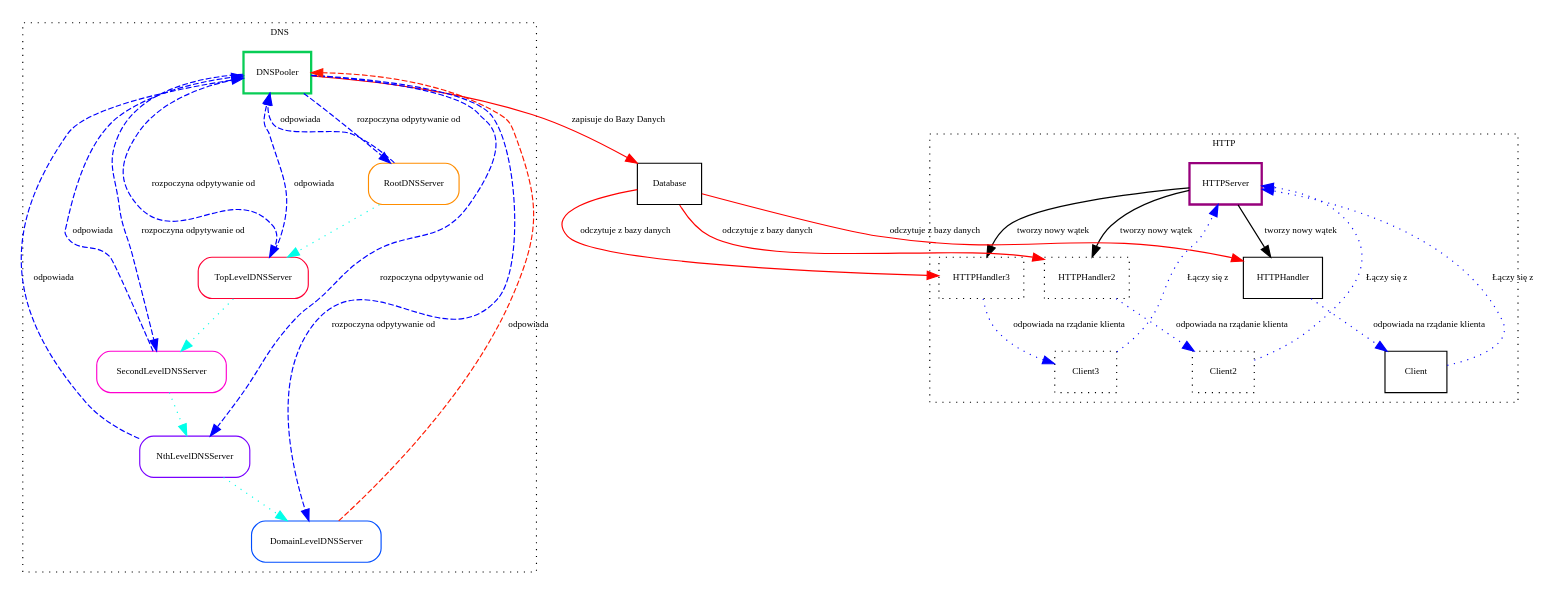
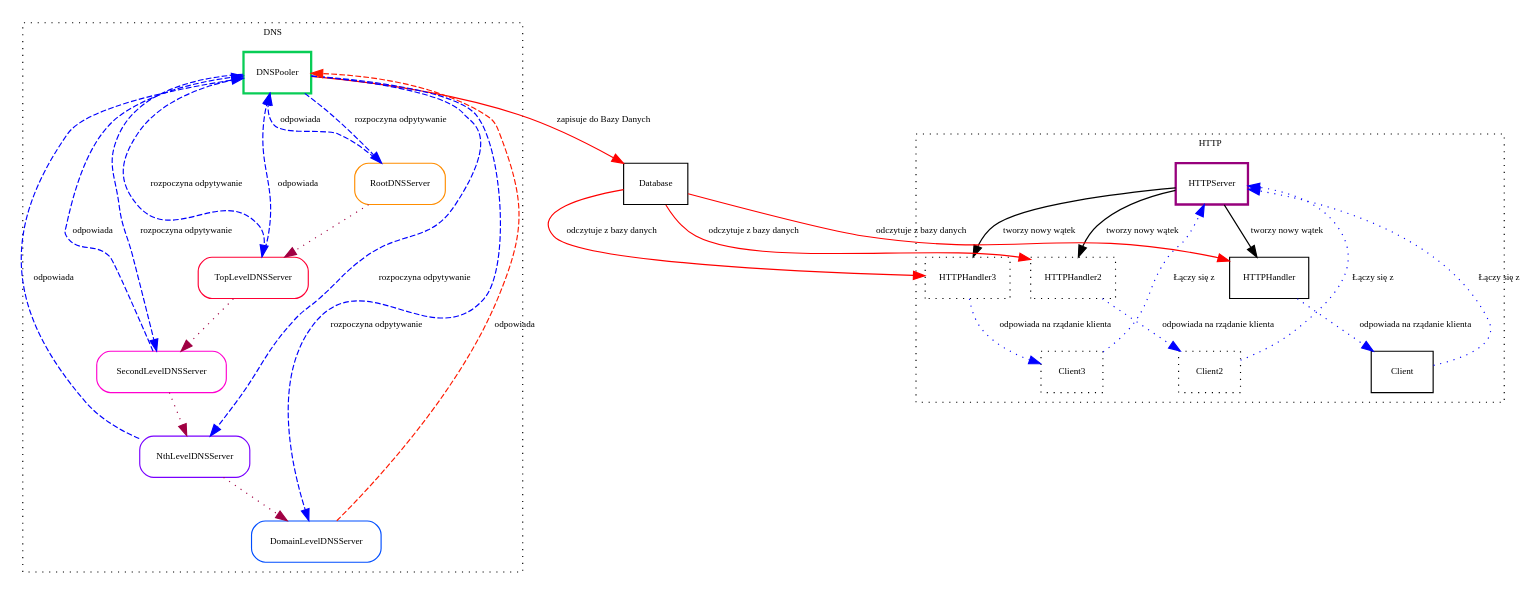
One commit to Aerial94/TIN changed the diagram in doc/graph.dot. Above: the diagram before and after it, drawn with Graphviz. The commit also changed 3 other files, not shown here.

Commit message:
dodanie legendy do schematu

```diff
--- a/doc/graph.dot
+++ b/doc/graph.dot
@@ -1,134 +1,134 @@
 digraph G {
         fontname = "Bitstream Vera Sans"
         fontsize = 8
         ordering=out
         overlap = scale;
 
         node [
                 fontname = "Bitstream Vera Sans"
                 fontsize = 8
                 shape = "record"
                 nodesep=5.0
         ]
 
         edge [
                 fontname = "Bitstream Vera Sans"
                 fontsize = 8
         ]
 
         HTTPServer [
                 label = "{HTTPServer}"
                 color = "#97007C"
                 style = "bold"
         ]
 
         Database [
                 label = "Database"
         ]
 
         Client[
                 label = "{Client}"
         ]
 
         HTTPHandler[
                 label = "{HTTPHandler}"
         ]
 
         Client2[
                 label = "{Client2}"
                 style="dotted"
         ]
         HTTPHandler2[
                 label = "{HTTPHandler2}"
                 style="dotted"
         ]
         Client3[
                 label = "{Client3}"
                 style="dotted"
         ]
         HTTPHandler3[
                 label = "{HTTPHandler3}"
                 style="dotted"
         ]
         subgraph cluster_1 {
             label = "HTTP"
         graph[style=dotted];
         Client2 -> HTTPServer [label="Łączy się z" style = "dotted", color="blue"]
         Client3 -> HTTPServer [label="Łączy się z" style = "dotted", color="blue"]
         HTTPHandler2 -> Client2 [label="odpowiada na rządanie klienta" style = "dotted", color="blue"]
         HTTPHandler3 -> Client3 [label="odpowiada na rządanie klienta" style = "dotted", color="blue"]
         HTTPServer -> HTTPHandler2 [label = "tworzy nowy wątek"]
         Client -> HTTPServer [label="Łączy się z" style = "dotted", color="blue"]
         HTTPHandler -> Client [label="odpowiada na rządanie klienta" style = "dotted", color="blue"]
         HTTPServer -> HTTPHandler [label = "tworzy nowy wątek"]
         HTTPServer -> HTTPHandler3 [label = "tworzy nowy wątek"]
         }
         Database -> HTTPHandler[label="odczytuje z bazy danych" style =
         "solid", color="red"]
         Database -> HTTPHandler2 [label="odczytuje z bazy danych" style =
         "solid", color="red"]
         Database -> HTTPHandler3 [label="odczytuje z bazy danych" style =
         "solid", color="red"]
 
         DNSPooler[
                 label = "{DNSPooler}"
                 style="solid"
                 color="#08CD56"
                 style = "bold"
         ]
         DNSPooler -> Database [label="zapisuje do Bazy Danych" style =
         "solid", color="red"]
 
         RootDNSServer[
                 label = "RootDNSServer"
                 style="solid"
                 color="#FF8D00"
                 style = "rounded"
         ]
         TopLevelDNSServer[
                 label = "TopLevelDNSServer"
                 style="solid"
                 color="#FF0035"
                 style = "rounded"
         ]
         SecondLevelDNSServer[
                 label = "SecondLevelDNSServer"
                 style="solid"
                 color="#FF00CF"
                 style = "rounded"
         ]
         NthLevelDNSServer[
                 label = "NthLevelDNSServer"
                 style="dashed"
                 color="#7900FF"
                 style = "rounded"
         ]
         DomainLevelDNSServer[
                 label = "DomainLevelDNSServer"
                 style="solid"
                 color="#004EFF"
                 style = "rounded"
         ]
         subgraph cluster_0 {
             label = "DNS"
         graph[style=dotted];
         RootDNSServer -> TopLevelDNSServer [style="dotted"
-        color="#00FFE8"]
+        color="#A00043"]
         TopLevelDNSServer -> SecondLevelDNSServer [style="dotted"
-        color="#00FFE8"]
+        color="#A00043"]
         SecondLevelDNSServer -> NthLevelDNSServer [style="dotted"
-        color="#00FFE8"]
+        color="#A00043"]
         NthLevelDNSServer -> DomainLevelDNSServer [style="dotted"
-        color="#00FFE8"]
-        DNSPooler -> RootDNSServer [label="rozpoczyna odpytywanie od" style = "dashed", color="blue"]
+        color="#A00043"]
+        DNSPooler -> RootDNSServer [label="rozpoczyna odpytywanie" style = "dashed", color="blue"]
         RootDNSServer -> DNSPooler [label="odpowiada" style = "dashed", color="blue"]
-        DNSPooler -> TopLevelDNSServer [label="rozpoczyna odpytywanie od" style = "dashed", color="blue"]
+        DNSPooler -> TopLevelDNSServer [label="rozpoczyna odpytywanie" style = "dashed", color="blue"]
         TopLevelDNSServer -> DNSPooler [label="odpowiada" style = "dashed", color="blue"]
-        DNSPooler -> SecondLevelDNSServer [label="rozpoczyna odpytywanie od" style = "dashed", color="blue"]
+        DNSPooler -> SecondLevelDNSServer [label="rozpoczyna odpytywanie" style = "dashed", color="blue"]
         SecondLevelDNSServer -> DNSPooler [label="odpowiada" style = "dashed", color="blue"]
-        DNSPooler -> NthLevelDNSServer [label="rozpoczyna odpytywanie od" style = "dashed", color="blue"]
+        DNSPooler -> NthLevelDNSServer [label="rozpoczyna odpytywanie" style = "dashed", color="blue"]
         NthLevelDNSServer -> DNSPooler [label="odpowiada" style = "dashed", color="blue"]
-        DNSPooler -> DomainLevelDNSServer [label="rozpoczyna odpytywanie od" style = "dashed", color="blue"]
+        DNSPooler -> DomainLevelDNSServer [label="rozpoczyna odpytywanie" style = "dashed", color="blue"]
         DomainLevelDNSServer -> DNSPooler [label="odpowiada" style = "dashed", color="#FF1900"]
  }
 }
```
